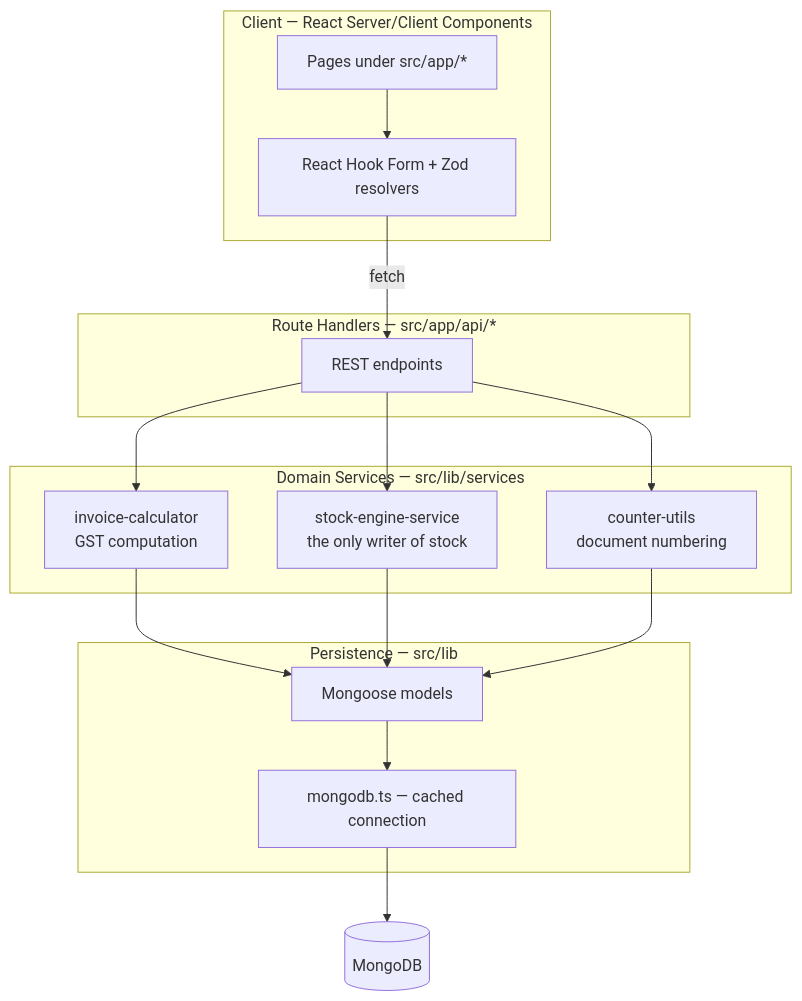
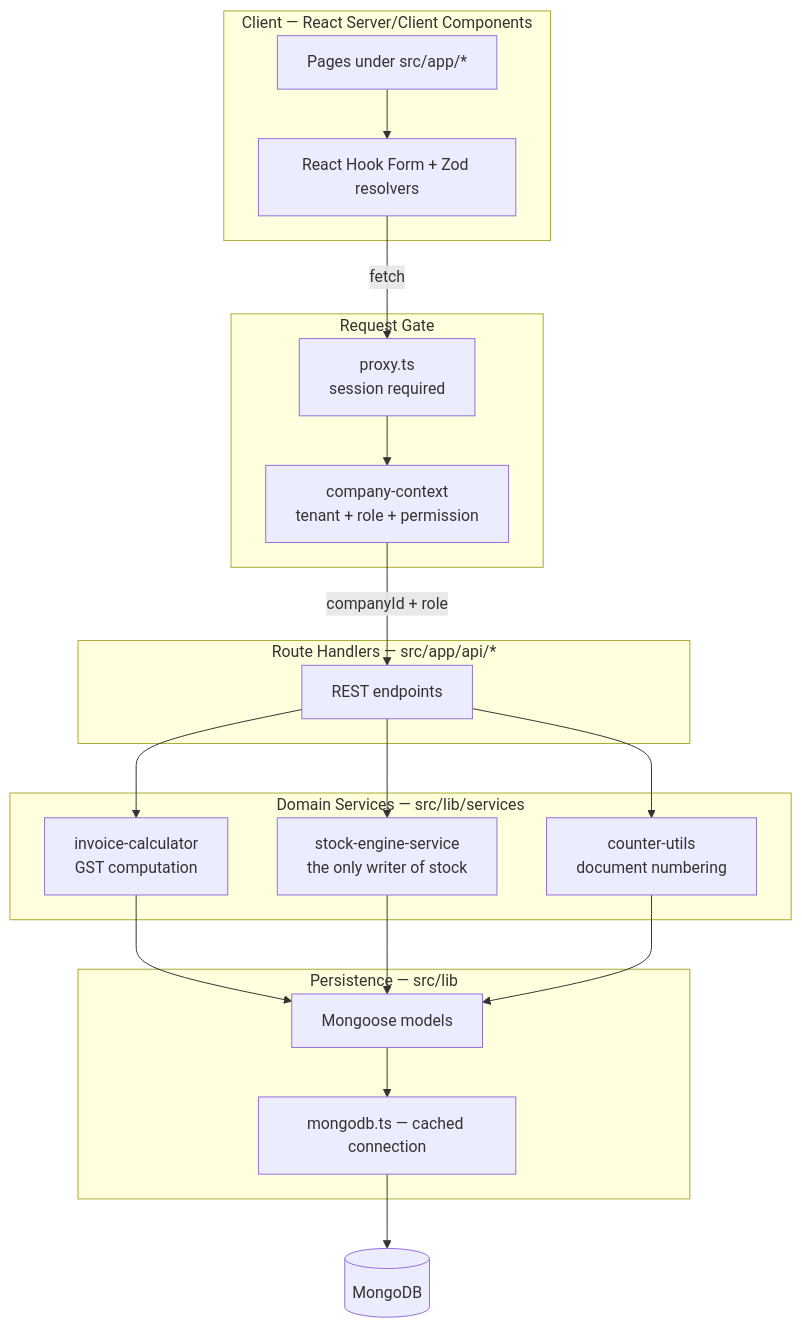
The first of 4 diagrams in README.md (priya-singh-2515/Inventory), drawn with Mermaid before and after one commit. The commit also changed other lines of this file and 79 other files, not shown here.

Commit message:
feat: implement multi-company support, role-based access control, and keyboard navigation enhancements

````diff
--- a/README.md
+++ b/README.md
@@ -113,33 +134,40 @@
 ```mermaid
 flowchart TD
     subgraph Client["Client — React Server/Client Components"]
         Pages["Pages under src/app/*"]
         Forms["React Hook Form + Zod resolvers"]
+    end
+
+    subgraph Gate["Request Gate"]
+        Proxy["proxy.ts<br/>session required"]
+        Ctx["company-context<br/>tenant + role + permission"]
     end
 
     subgraph API["Route Handlers — src/app/api/*"]
         Routes["REST endpoints"]
     end
 
     subgraph Domain["Domain Services — src/lib/services"]
         Calc["invoice-calculator<br/>GST computation"]
         Stock["stock-engine-service<br/>the only writer of stock"]
         Counter["counter-utils<br/>document numbering"]
     end
 
     subgraph Data["Persistence — src/lib"]
         Models["Mongoose models"]
         Conn["mongodb.ts — cached connection"]
     end
 
     Pages --> Forms
-    Forms -->|fetch| Routes
+    Forms -->|fetch| Proxy
+    Proxy --> Ctx
+    Ctx -->|"companyId + role"| Routes
     Routes --> Calc
     Routes --> Stock
     Routes --> Counter
     Calc --> Models
     Stock --> Models
     Counter --> Models
     Models --> Conn
     Conn --> DB[(MongoDB)]
 ```
````
